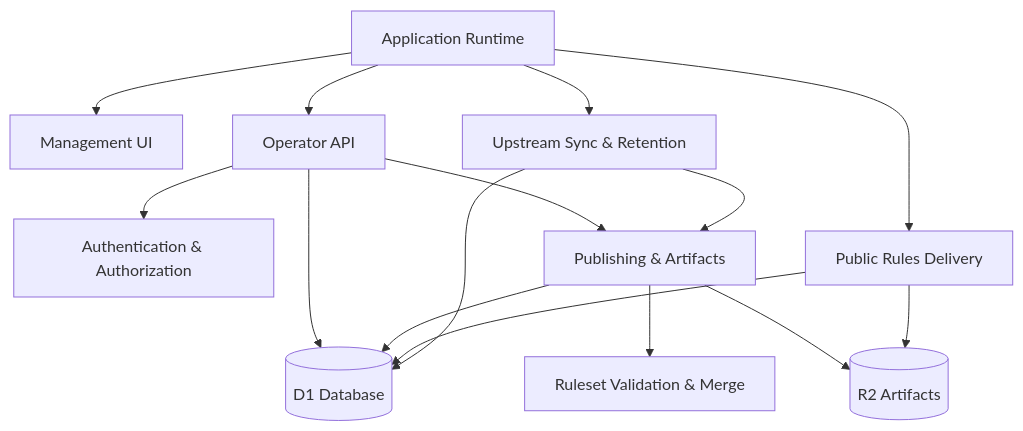
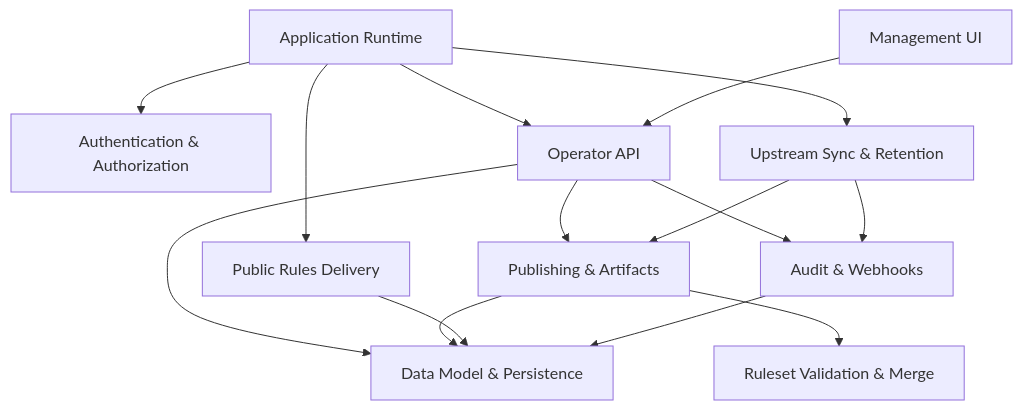
The diagram in docs/wiki/README.md (DailenG/CheckDeployManager), drawn with Mermaid before and after one commit. The commit also changed other lines of this file and 13 other files, not shown here.

````diff
--- a/docs/wiki/README.md
+++ b/docs/wiki/README.md
@@ -16,28 +16,19 @@
 ```mermaid
 flowchart TD
-  Worker[Application Runtime]
-  UI[Management UI]
-  API[Operator API]
-  Auth[Authentication & Authorization]
-  Public[Public Rules Delivery]
-  Publish[Publishing & Artifacts]
-  Merge[Ruleset Validation & Merge]
-  Sync[Upstream Sync & Retention]
-  D1[(D1 Database)]
-  R2[(R2 Artifacts)]
+  Runtime[Application Runtime] --> Auth[Authentication & Authorization]
+  Runtime --> API[Operator API]
+  Runtime --> Public[Public Rules Delivery]
+  Runtime --> Scheduler[Upstream Sync & Retention]
 
-  Worker --> UI
-  Worker --> API
-  Worker --> Public
-  Worker --> Sync
-  API --> Auth
-  API --> D1
-  API --> Publish
-  Publish --> Merge
-  Publish --> D1
-  Publish --> R2
-  Public --> D1
-  Public --> R2
-  Sync --> D1
-  Sync --> Publish
+  UI[Management UI] --> API
+  API --> Publish[Publishing & Artifacts]
+  API --> Data[Data Model & Persistence]
+  API --> Audit[Audit & Webhooks]
+
+  Scheduler --> Publish
+  Scheduler --> Audit
+  Publish --> Validate[Ruleset Validation & Merge]
+  Publish --> Data
+  Public --> Data
+  Audit --> Data
 ```
````
